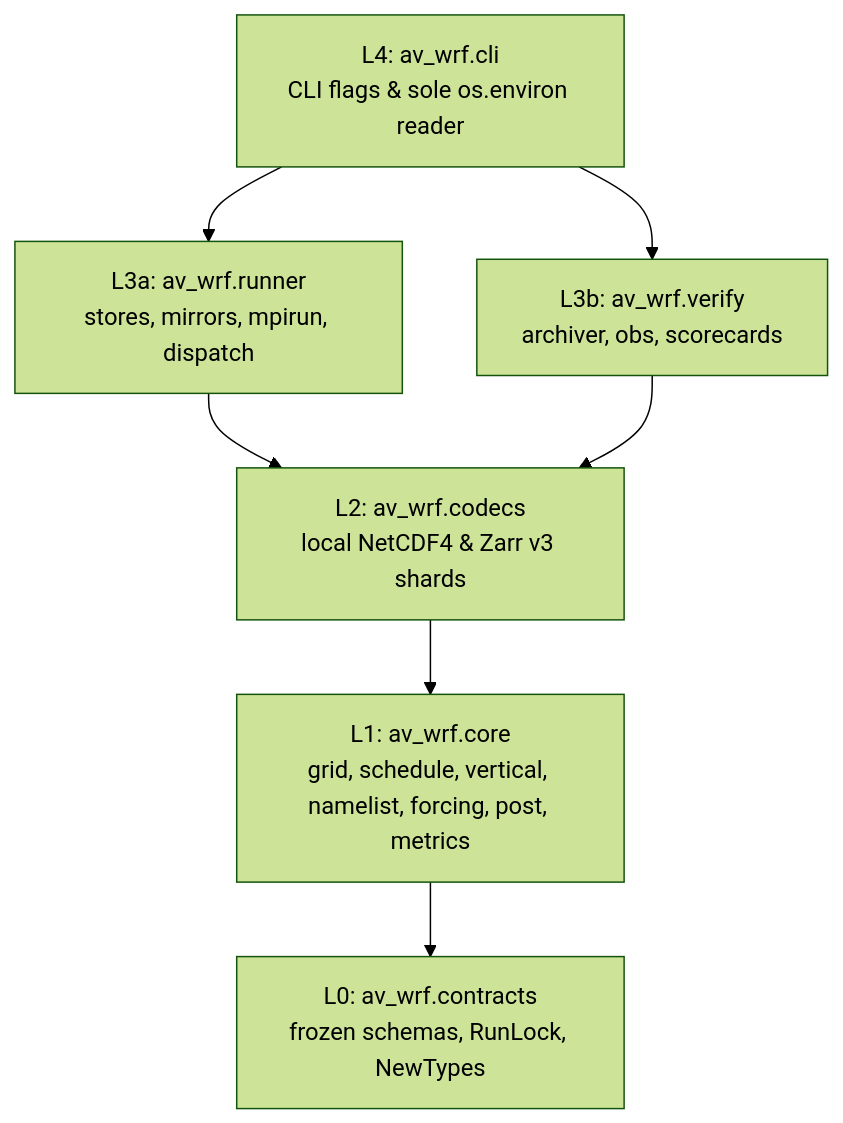
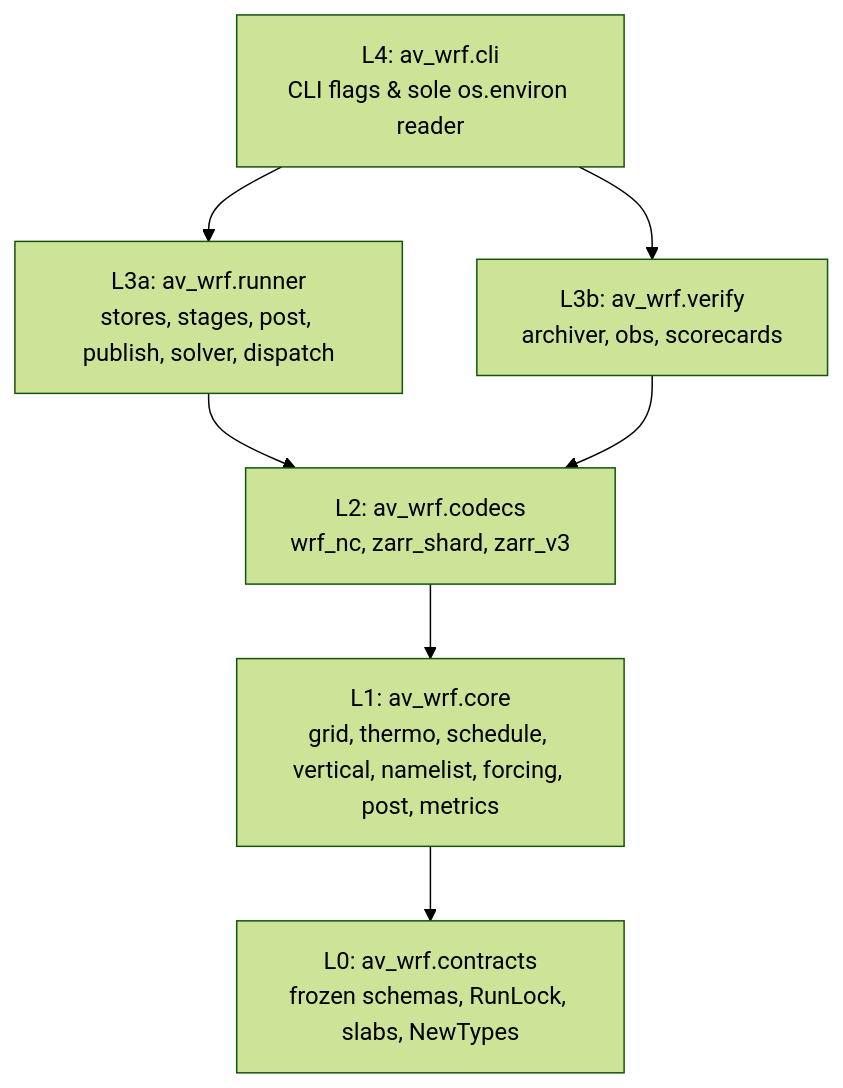
Before and after one commit to jdorrance/av-wrf: the second of 2 diagrams in docs/architecture.md, drawn with Mermaid (forest theme). The commit also changed other lines of this file and 68 other files, not shown here.

````diff
--- a/docs/architecture.md
+++ b/docs/architecture.md
@@ -25,9 +27,9 @@
 ```mermaid
 flowchart TB
-  cli["L4: av_wrf.cli<br/>CLI flags & sole os.environ reader"] --> runner["L3a: av_wrf.runner<br/>stores, mirrors, mpirun, dispatch"]
+  cli["L4: av_wrf.cli<br/>CLI flags & sole os.environ reader"] --> runner["L3a: av_wrf.runner<br/>stores, stages, post, publish, solver, dispatch"]
   cli --> verify["L3b: av_wrf.verify<br/>archiver, obs, scorecards"]
-  runner --> codecs["L2: av_wrf.codecs<br/>local NetCDF4 & Zarr v3 shards"]
+  runner --> codecs["L2: av_wrf.codecs<br/>wrf_nc, zarr_shard, zarr_v3"]
   verify --> codecs
-  codecs --> core["L1: av_wrf.core<br/>grid, schedule, vertical, namelist, forcing, post, metrics"]
-  core --> contracts["L0: av_wrf.contracts<br/>frozen schemas, RunLock, NewTypes"]
+  codecs --> core["L1: av_wrf.core<br/>grid, thermo, schedule, vertical, namelist, forcing, post, metrics"]
+  core --> contracts["L0: av_wrf.contracts<br/>frozen schemas, RunLock, slabs, NewTypes"]
 ```
````
